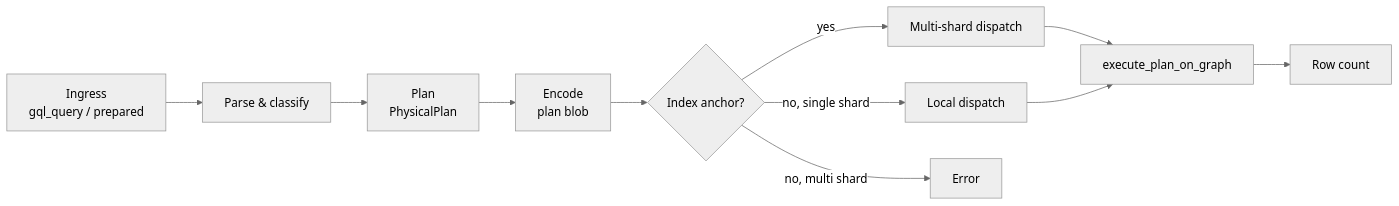
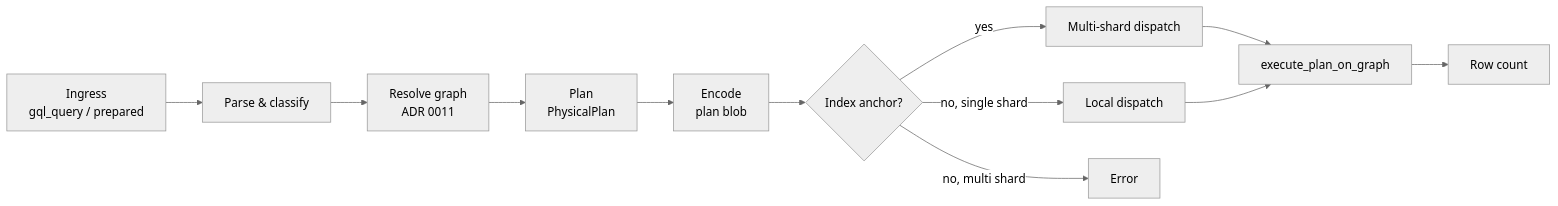
The second of 2 diagrams in design/architecture/overview.md (perforate-org/gleaph), drawn with Mermaid (neutral theme) before and after one commit. The commit also changed other lines of this file and 6 other files, not shown here.

First line of the commit message:
docs(adr-0011): accept GQL graph resolution and catalog id policy

````diff
--- a/design/architecture/overview.md
+++ b/design/architecture/overview.md
@@ -33,13 +33,14 @@
 ```mermaid
 flowchart LR
     A[Ingress<br/>gql_query / prepared] --> B[Parse & classify]
-    B --> C[Plan<br/>PhysicalPlan]
+    B --> R[Resolve graph<br/>ADR 0011]
+    R --> C[Plan<br/>PhysicalPlan]
     C --> D[Encode<br/>plan blob]
     D --> E{Index anchor?}
     E -->|yes| F[Multi-shard dispatch]
     E -->|no, single shard| G[Local dispatch]
     E -->|no, multi shard| H[Error]
     F --> I[execute_plan_on_graph]
     G --> I
     I --> J[Row count]
 ```
````
